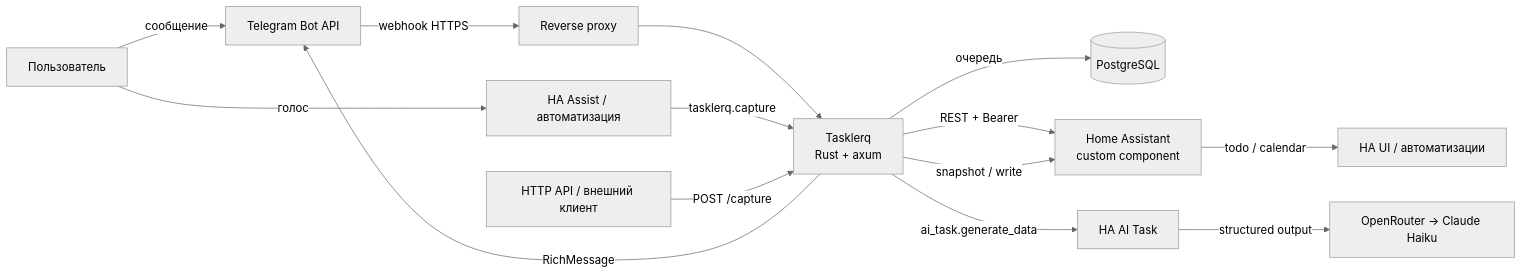
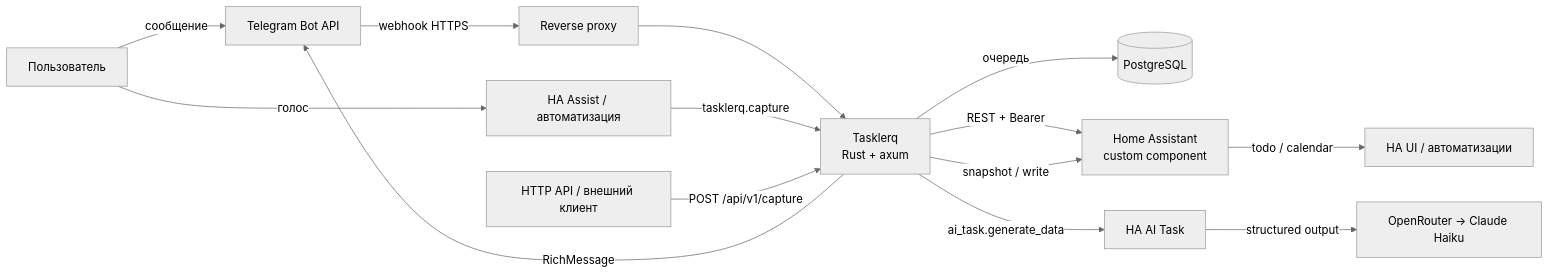
Before and after one commit to StellaLupus/tasklerq: the diagram in README.md, drawn with Mermaid (neutral theme). The commit also changed other lines of this file and 2 other files, not shown here.

Commit message:
Сверить README, architecture и domain-model с реализацией: healthcheck, первый контакт, capture_requests, версии записи, поиск (0001: 9.1, часть 1)

````diff
--- a/README.md
+++ b/README.md
@@ -43,16 +44,16 @@
 ```mermaid
 flowchart LR
     U[Пользователь] -->|сообщение| TG[Telegram Bot API]
     U -->|голос| VA[HA Assist / автоматизация]
     TG -->|webhook HTTPS| RP[Reverse proxy]
     RP --> APP[Tasklerq<br/>Rust + axum]
     VA -->|tasklerq.capture| APP
-    SC[HTTP API / внешний клиент] -->|POST /capture| APP
+    SC[HTTP API / внешний клиент] -->|POST /api/v1/capture| APP
     APP -->|очередь| DB[(PostgreSQL)]
     APP -->|RichMessage| TG
     APP -->|REST + Bearer| HA[Home Assistant<br/>custom component]
     HA -->|todo / calendar| HAU[HA UI / автоматизации]
     APP -->|ai_task.generate_data| HAI[HA AI Task]
     HAI -->|structured output| GEM[OpenRouter → Claude Haiku]
     APP -->|snapshot / write| HA
 ```
````
